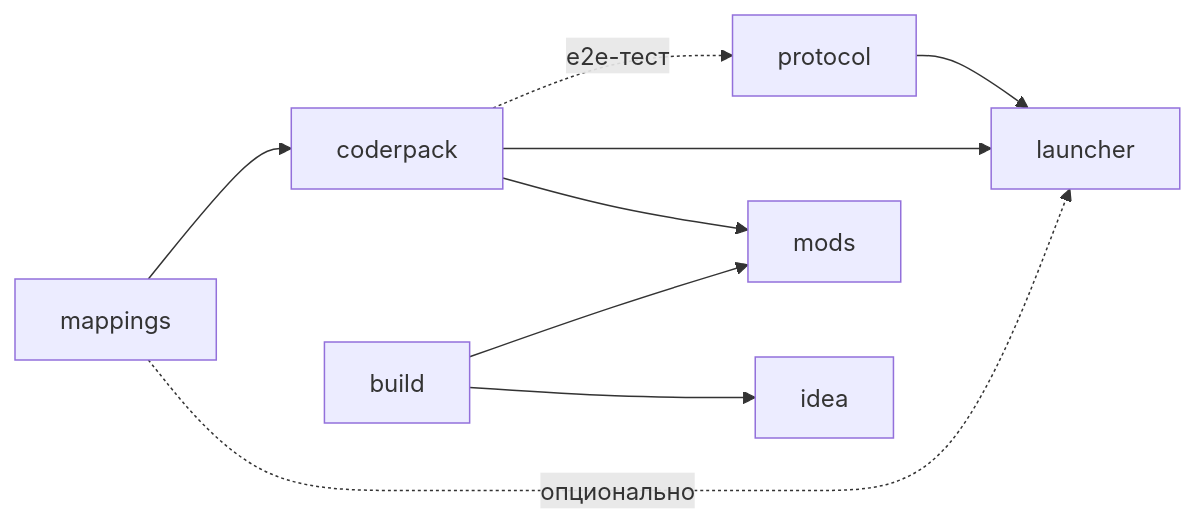
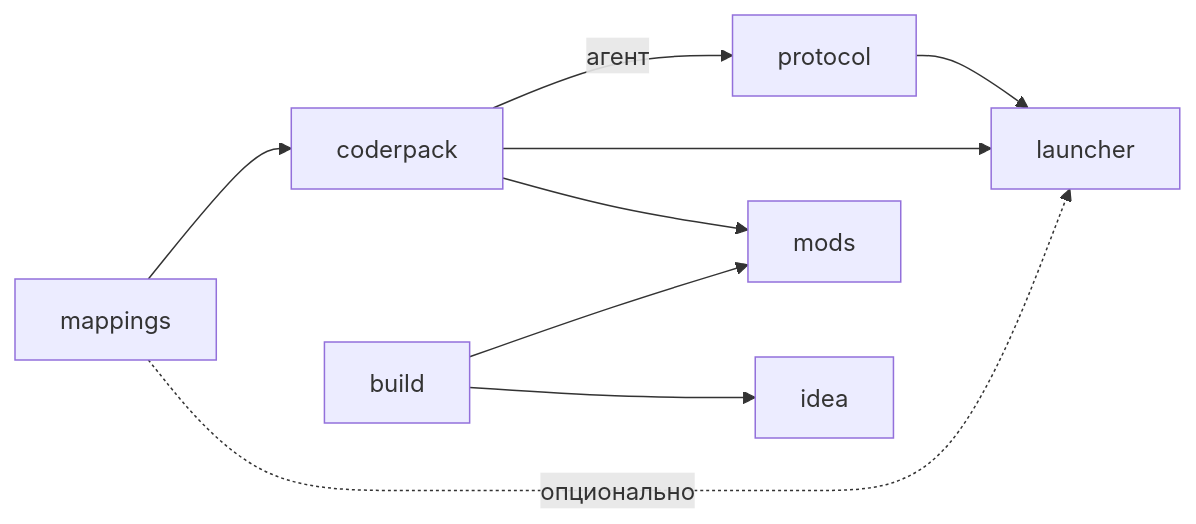
One commit to ancaria-dev/.github changed the diagram in README.md. Above: the diagram before and after it, drawn with Mermaid. The commit also changed other lines of this file and 2 other files, not shown here.

````diff
--- a/README.md
+++ b/README.md
@@ -54,11 +54,11 @@
 ```mermaid
 graph LR
     mappings --> coderpack
-    coderpack -.->|e2e-тест| protocol
+    coderpack -->|агент| protocol
     coderpack --> launcher
     protocol --> launcher
     mappings -.->|опционально| launcher
     build --> mods
     coderpack --> mods
     build --> idea
 ```
````
